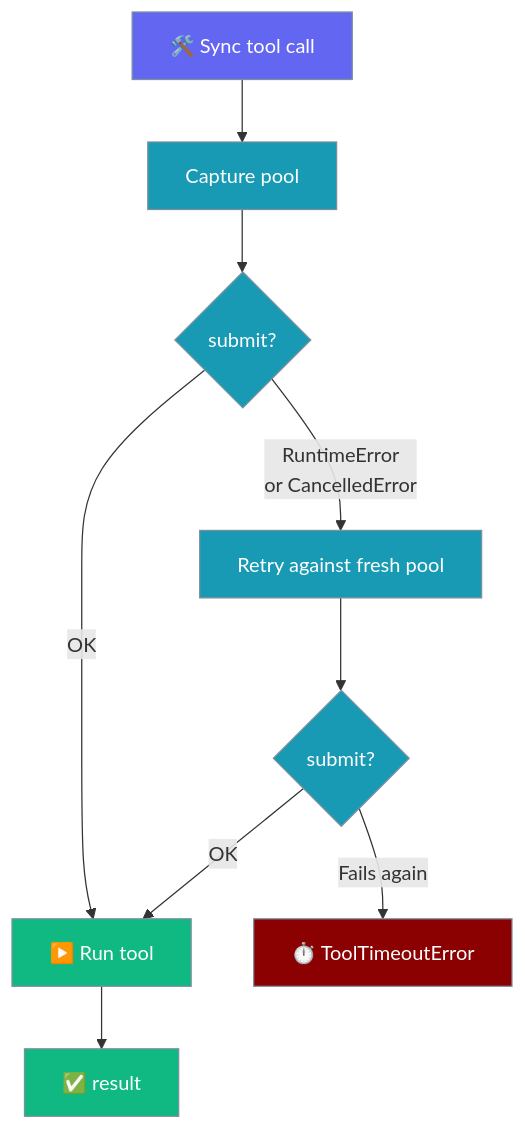
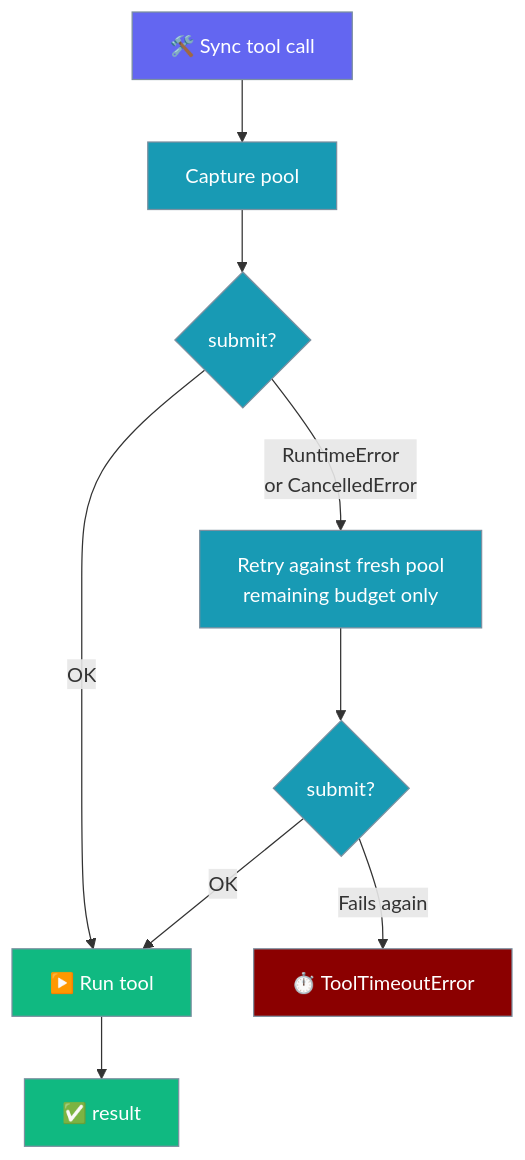
One commit to MervinPraison/PraisonAIDocs changed the fourth of 6 diagrams in docs/features/tool-timeout.mdx. Above: the diagram before and after it, drawn with Mermaid. The commit also changed other lines of this file and 4 other files, not shown here.

````diff
--- a/docs/features/tool-timeout.mdx
+++ b/docs/features/tool-timeout.mdx
@@ -247,20 +249,20 @@
 ```mermaid
 graph TB
     Call[🛠️ Sync tool call] --> Cap[Capture pool]
     Cap --> Submit{submit?}
     Submit -->|OK| Run[▶️ Run tool]
-    Submit -->|RuntimeError<br/>or CancelledError| Retry[Retry against fresh pool]
+    Submit -->|RuntimeError<br/>or CancelledError| Retry[Retry against fresh pool<br/>remaining budget only]
     Retry --> Submit2{submit?}
     Submit2 -->|OK| Run
     Submit2 -->|Fails again| Timeout[⏱️ ToolTimeoutError]
     Run --> Result[✅ result]
 
     classDef req fill:#6366F1,stroke:#7C90A0,color:#fff
     classDef proc fill:#189AB4,stroke:#7C90A0,color:#fff
     classDef ok fill:#10B981,stroke:#7C90A0,color:#fff
     classDef warn fill:#8B0000,stroke:#7C90A0,color:#fff
     class Call req
     class Cap,Retry,Submit,Submit2 proc
     class Run,Result ok
     class Timeout warn
 ```
````
